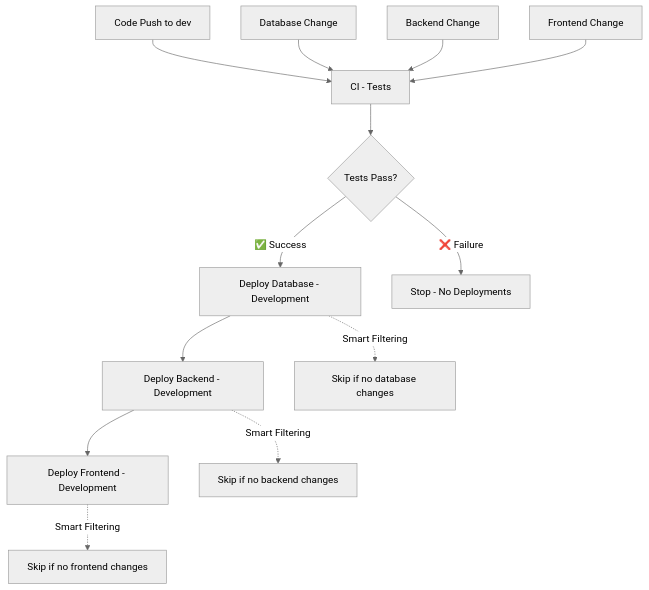
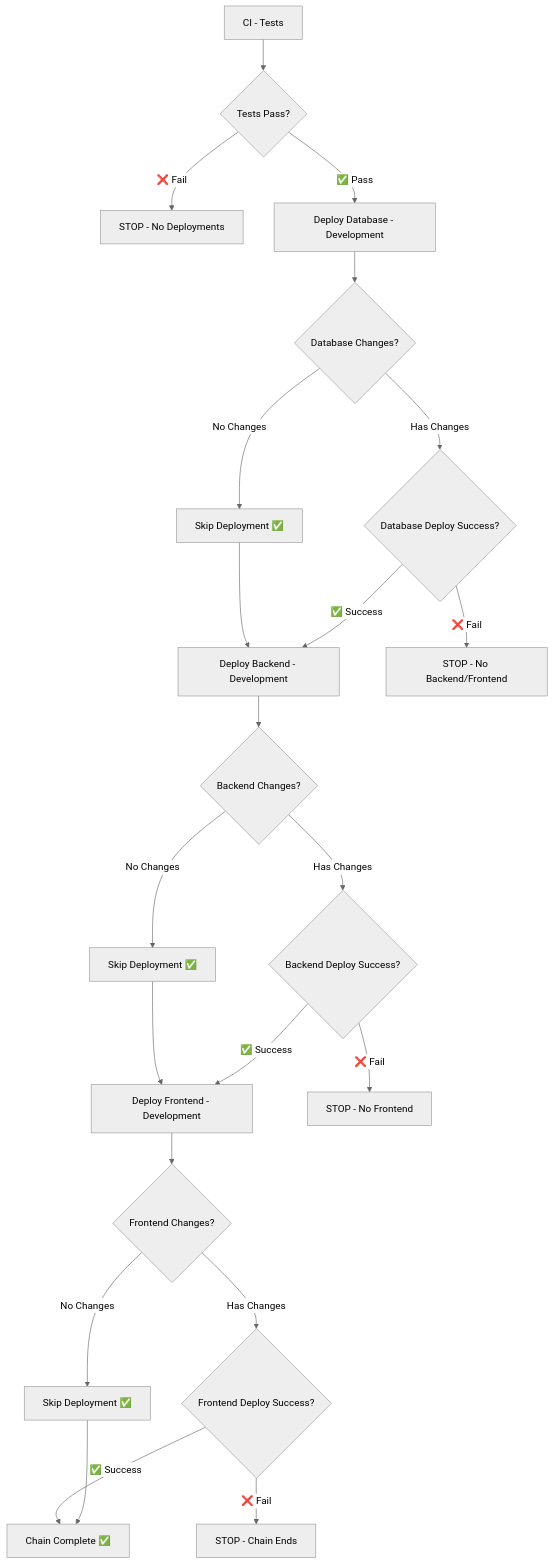
Before and after one commit to cwarren/choregarden: the diagram in .github/workflows/README.md, drawn with Mermaid (neutral theme). The commit also changed other lines of this file and 3 other files, not shown here.

Commit message:
ensure proper chaining (tests -> db -> backend -> frontend) and conditional triggering of deployment workflows - things are only deployed if earlier step complete and if there are relevant changes in that section

````diff
--- a/.github/workflows/README.md
+++ b/.github/workflows/README.md
@@ -244,17 +262,27 @@
 ```mermaid
 graph TD
-    A[Code Push to dev] --> B[CI - Tests]
-    B --> C{Tests Pass?}
-    C -->|✅ Success| D[Deploy Database - Development]
-    C -->|❌ Failure| E[Stop - No Deployments]
-    D --> F[Deploy Backend - Development]
-    F --> G[Deploy Frontend - Development]
+    A[CI - Tests] --> A1{Tests Pass?}
+    A1 -->|❌ Fail| A2[STOP - No Deployments]
+    A1 -->|✅ Pass| B[Deploy Database - Development]
     
-    H[Database Change] --> B
-    I[Backend Change] --> B
-    J[Frontend Change] --> B
+    B --> B1{Database Changes?}
+    B1 -->|No Changes| B2[Skip Deployment ✅]
+    B1 -->|Has Changes| B3{Database Deploy Success?}
+    B2 --> C[Deploy Backend - Development]
+    B3 -->|❌ Fail| B4[STOP - No Backend/Frontend]
+    B3 -->|✅ Success| C
     
-    D -.->|Smart Filtering| D1[Skip if no database changes]
-    F -.->|Smart Filtering| F1[Skip if no backend changes]
-    G -.->|Smart Filtering| G1[Skip if no frontend changes]
+    C --> C1{Backend Changes?}
+    C1 -->|No Changes| C2[Skip Deployment ✅]
+    C1 -->|Has Changes| C3{Backend Deploy Success?}
+    C2 --> D[Deploy Frontend - Development]
+    C3 -->|❌ Fail| C4[STOP - No Frontend]
+    C3 -->|✅ Success| D
+    
+    D --> D1{Frontend Changes?}
+    D1 -->|No Changes| D2[Skip Deployment ✅]
+    D1 -->|Has Changes| D3{Frontend Deploy Success?}
+    D3 -->|❌ Fail| D4[STOP - Chain Ends]
+    D3 -->|✅ Success| D5[Chain Complete ✅]
+    D2 --> D5
 ```
````
